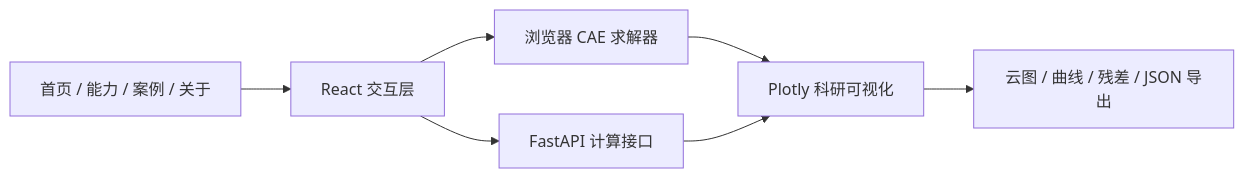
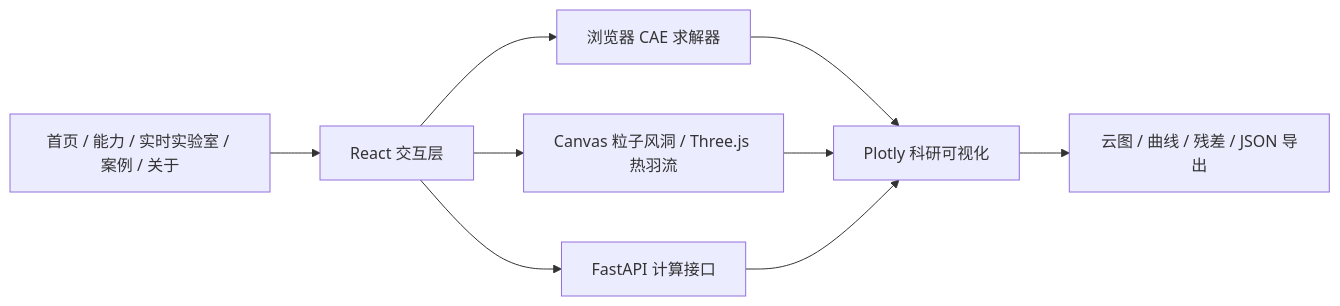
Before and after one commit to PhyTwin/PhyTwin: the diagram in README.md, drawn with Mermaid. The commit also changed other lines of this file and 14 other files, not shown here.

````diff
--- a/README.md
+++ b/README.md
@@ -7,9 +7,11 @@
 ```mermaid
 flowchart LR
-  A[首页 / 能力 / 案例 / 关于] --> B[React 交互层]
+  A[首页 / 能力 / 实时实验室 / 案例 / 关于] --> B[React 交互层]
   B --> C[浏览器 CAE 求解器]
+  B --> R[Canvas 粒子风洞 / Three.js 热羽流]
   B --> D[FastAPI 计算接口]
   C --> E[Plotly 科研可视化]
+  R --> E
   D --> E
   E --> F[云图 / 曲线 / 残差 / JSON 导出]
 ```
````
